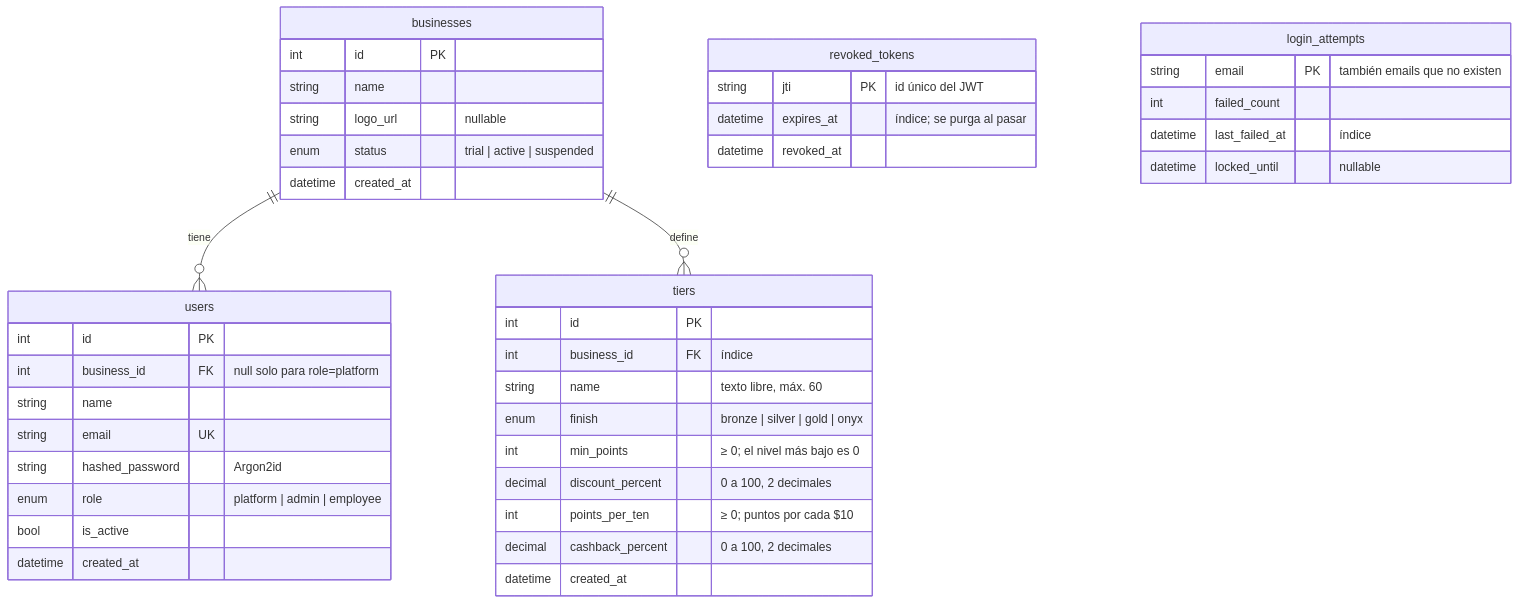
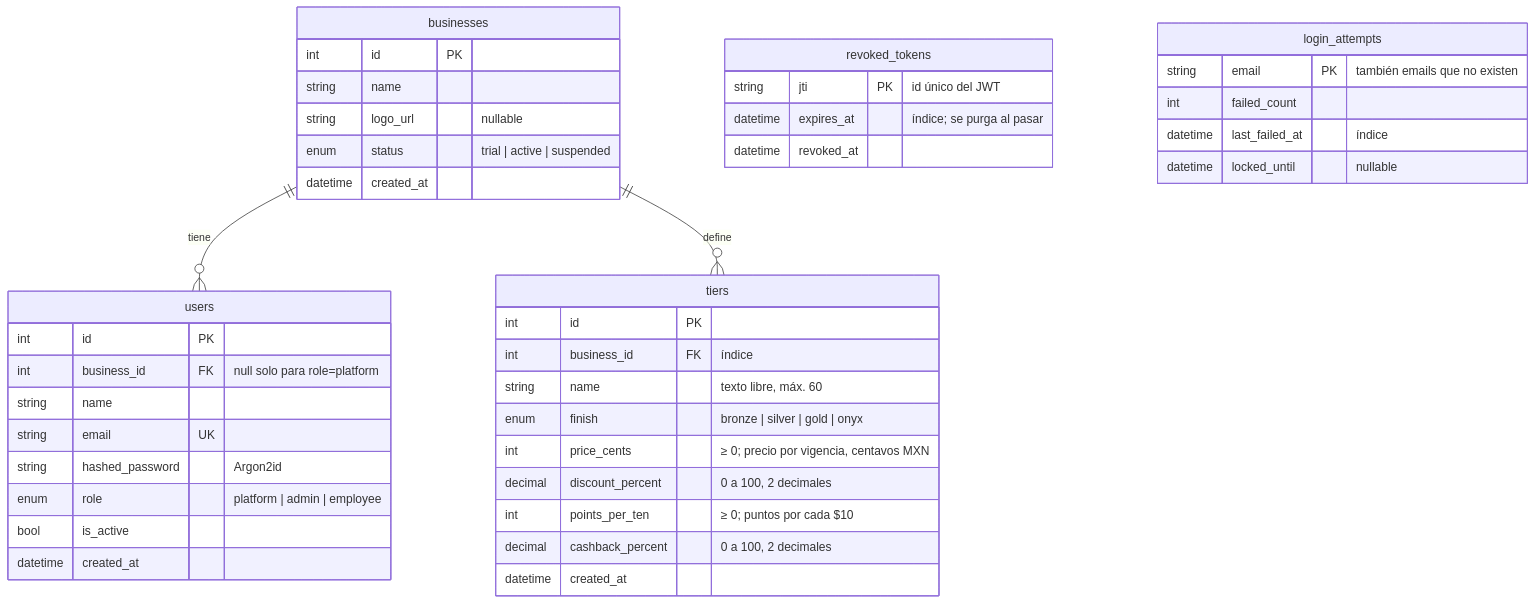
Before and after one commit to AGA-Studio/Member-Web: the third of 13 diagrams in docs/ARCHITECTURE.md, drawn with Mermaid. The commit also changed other lines of this file and 1 other file, not shown here.

Commit message:
docs: documentar niveles con precio

````diff
--- a/docs/ARCHITECTURE.md
+++ b/docs/ARCHITECTURE.md
@@ -91,49 +91,49 @@
 ```mermaid
 erDiagram
     businesses ||--o{ users : "tiene"
     businesses ||--o{ tiers : "define"
 
     businesses {
         int id PK
         string name
         string logo_url "nullable"
         enum status "trial | active | suspended"
         datetime created_at
     }
 
     users {
         int id PK
         int business_id FK "null solo para role=platform"
         string name
         string email UK
         string hashed_password "Argon2id"
         enum role "platform | admin | employee"
         bool is_active
         datetime created_at
     }
 
     tiers {
         int id PK
         int business_id FK "índice"
         string name "texto libre, máx. 60"
         enum finish "bronze | silver | gold | onyx"
-        int min_points "≥ 0; el nivel más bajo es 0"
+        int price_cents "≥ 0; precio por vigencia, centavos MXN"
         decimal discount_percent "0 a 100, 2 decimales"
         int points_per_ten "≥ 0; puntos por cada $10"
         decimal cashback_percent "0 a 100, 2 decimales"
         datetime created_at
     }
 
     revoked_tokens {
         string jti PK "id único del JWT"
         datetime expires_at "índice; se purga al pasar"
         datetime revoked_at
     }
 
     login_attempts {
         string email PK "también emails que no existen"
         int failed_count
         datetime last_failed_at "índice"
         datetime locked_until "nullable"
     }
 ```
````
